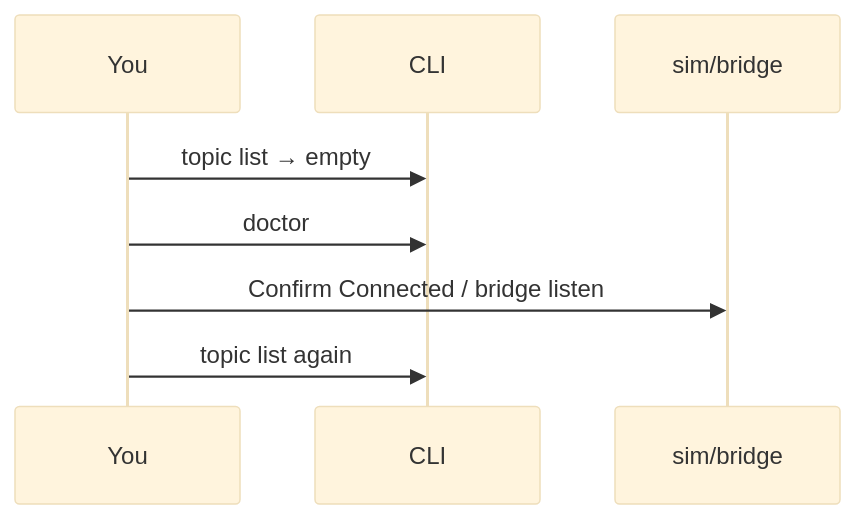
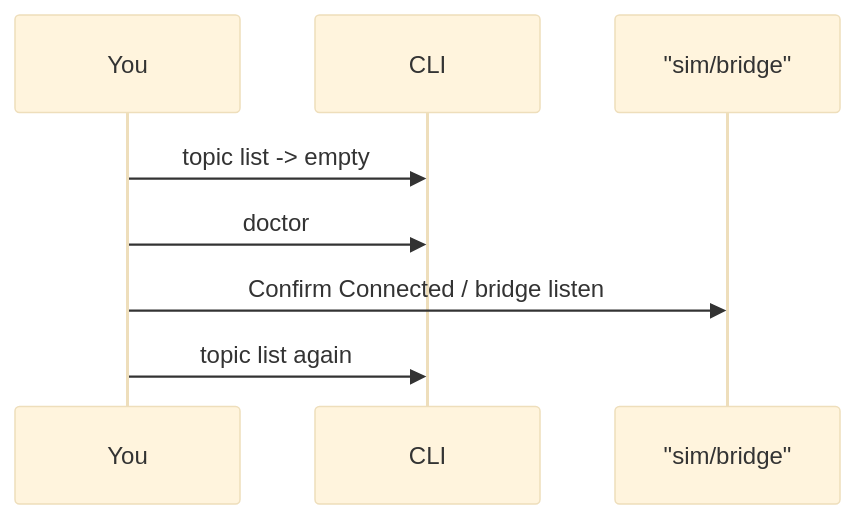
One commit to drsanti/robotos-workshop changed the second of 2 diagrams in docs/ebook/chapters/ch12-observe-qos.md. Above: the diagram before and after it, drawn with Mermaid (base theme). The commit also changed other lines of this file and 122 other files, not shown here.

````diff
--- a/docs/ebook/chapters/ch12-observe-qos.md
+++ b/docs/ebook/chapters/ch12-observe-qos.md
@@ -60,10 +60,10 @@
 ```mermaid
 sequenceDiagram
   participant U as You
   participant C as CLI
-  participant S as sim/bridge
-  U->>C: topic list → empty
+  participant S as "sim/bridge"
+  U->>C: topic list -> empty
   U->>C: doctor
   U->>S: Confirm Connected / bridge listen
   U->>C: topic list again
 ```
````
